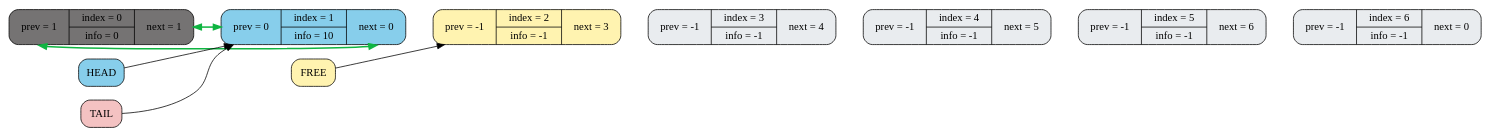
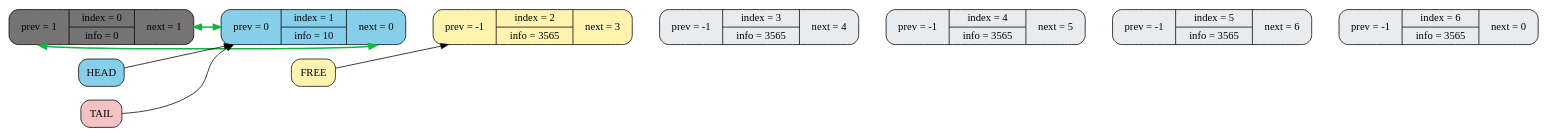
Before and after one commit to NikolayNetreba/Task5: the diagram in dumps/graph_1.dot, drawn with Graphviz. The commit also changed 38 other files, not shown here.

```diff
--- a/dumps/graph_1.dot
+++ b/dumps/graph_1.dot
@@ -1,25 +1,25 @@
 digraph g{ 
 rankdir=LR; 
 node [shape=Mrecord; style=filled;];
 node0 [label = "{<prev> prev = 1 | { index = 0 | info = 0 } | <next> next = 1}"; fillcolor="#757373"; fontcolor="black"; color="black"; penwidth=1.0];
 node1 [label = "{<prev> prev = 0 | { index = 1 | info = 10 } | <next> next = 0}"; fillcolor="#87CEEB"; fontcolor="black"; color="black"; penwidth=1.0];
-node2 [label = "{<prev> prev = -1 | { index = 2 | info = -1 } | <next> next = 3}"; fillcolor="#FFF3B0"; fontcolor="black"; color="black"; penwidth=1.0];
-node3 [label = "{<prev> prev = -1 | { index = 3 | info = -1 } | <next> next = 4}"; fillcolor="#E9ECEF"; fontcolor="black"; color="black"; penwidth=1.0];
-node4 [label = "{<prev> prev = -1 | { index = 4 | info = -1 } | <next> next = 5}"; fillcolor="#E9ECEF"; fontcolor="black"; color="black"; penwidth=1.0];
-node5 [label = "{<prev> prev = -1 | { index = 5 | info = -1 } | <next> next = 6}"; fillcolor="#E9ECEF"; fontcolor="black"; color="black"; penwidth=1.0];
-node6 [label = "{<prev> prev = -1 | { index = 6 | info = -1 } | <next> next = 0}"; fillcolor="#E9ECEF"; fontcolor="black"; color="black"; penwidth=1.0];
+node2 [label = "{<prev> prev = -1 | { index = 2 | info = 3565 } | <next> next = 3}"; fillcolor="#FFF3B0"; fontcolor="black"; color="black"; penwidth=1.0];
+node3 [label = "{<prev> prev = -1 | { index = 3 | info = 3565 } | <next> next = 4}"; fillcolor="#E9ECEF"; fontcolor="black"; color="black"; penwidth=1.0];
+node4 [label = "{<prev> prev = -1 | { index = 4 | info = 3565 } | <next> next = 5}"; fillcolor="#E9ECEF"; fontcolor="black"; color="black"; penwidth=1.0];
+node5 [label = "{<prev> prev = -1 | { index = 5 | info = 3565 } | <next> next = 6}"; fillcolor="#E9ECEF"; fontcolor="black"; color="black"; penwidth=1.0];
+node6 [label = "{<prev> prev = -1 | { index = 6 | info = 3565 } | <next> next = 0}"; fillcolor="#E9ECEF"; fontcolor="black"; color="black"; penwidth=1.0];
 node0 -> node1 [style=invis, weight=100];
 node1 -> node2 [style=invis, weight=100];
 node2 -> node3 [style=invis, weight=100];
 node3 -> node4 [style=invis, weight=100];
 node4 -> node5 [style=invis, weight=100];
 node5 -> node6 [style=invis, weight=100];
 node0:next -> node1:prev [color="#10b542", dir="both", penwidth=2.0, constraint=false];
 node1:next -> node0:prev [color="#10b542", dir="both", penwidth=2.0, constraint=false];
 HEAD [shape=box, style="filled, rounded", fillcolor="#87CEEB", label="HEAD"];
 TAIL [shape=box, style="filled, rounded", fillcolor="#F4C2C2", label="TAIL"];
 FREE [shape=box, style="filled, rounded", fillcolor="#FFF3B0", label="FREE"];
 HEAD -> node1 [color=black];
 TAIL -> node1 [color=black];
 FREE -> node2 [color=black];
 }
```
